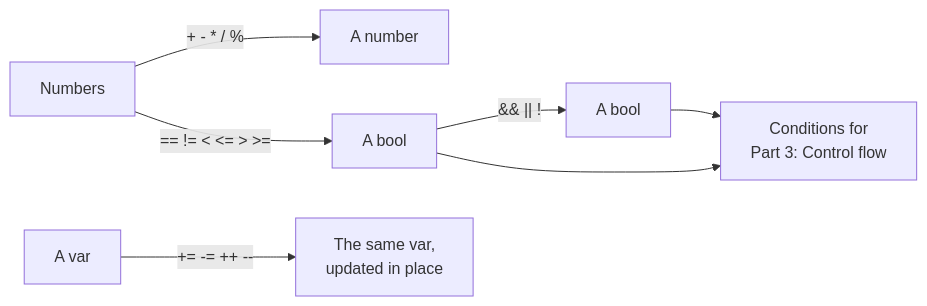
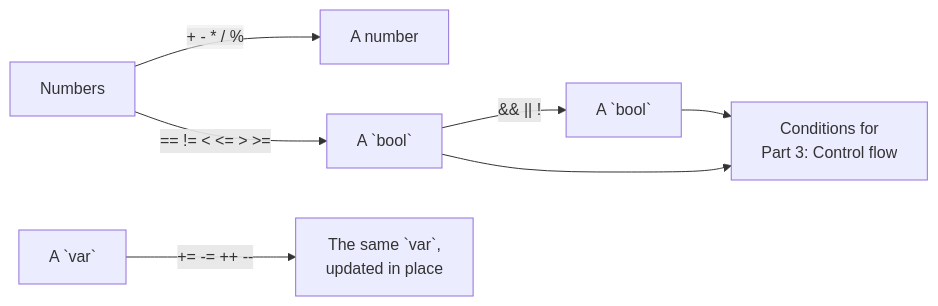
Before and after one commit to rux-lang/Web: the diagram in content/docs/1.learn/02.operators/00.index.md, drawn with Mermaid. The commit also changed 49 other files, not shown here.

````diff
--- a/content/docs/1.learn/02.operators/00.index.md
+++ b/content/docs/1.learn/02.operators/00.index.md
@@ -23,9 +23,9 @@
 ```mermaid
 flowchart LR
-    n["Numbers"] -- "+ - * / %" --> n2["A number"]
-    n -- "== != < <= > >=" --> b["A bool"]
-    b -- "&& || !" --> b2["A bool"]
-    v["A var"] -- "+= -= ++ --" --> v2["The same var,<br/>updated in place"]
+    n["Numbers"] -- "`+ - * / %`" --> n2["A number"]
+    n -- "`== != < <= > >=`" --> b["A `bool`"]
+    b -- "`&& || !`" --> b2["A `bool`"]
+    v["A `var`"] -- "`+= -= ++ --`" --> v2["The same `var`,<br/>updated in place"]
     b2 --> cf["Conditions for<br/>Part 3: Control flow"]
     b --> cf
 ```
````
